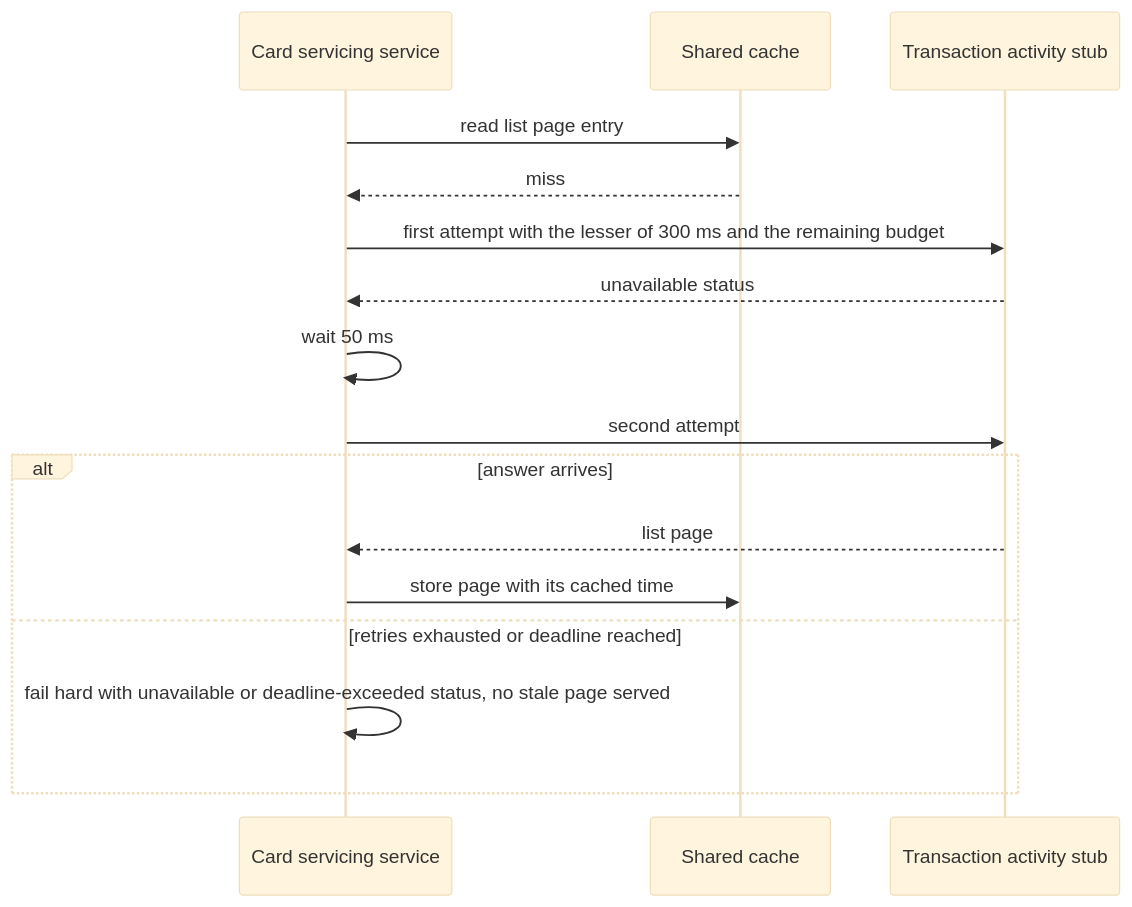
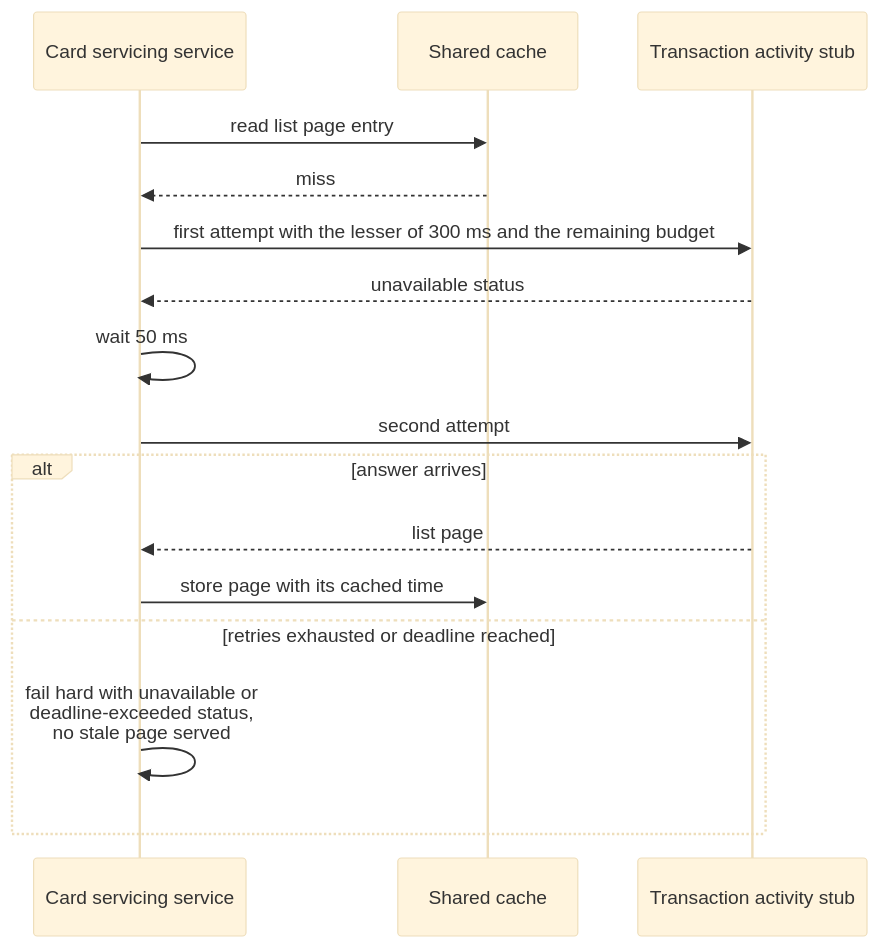
The diagram in docs/backlog/epics/CS-10-transaction-activity-integration/stories/CS-10-006-transaction-activity-client-with-transaction-caching.md (blitzy-public-samples/aws-carddemo-blitzy), drawn with Mermaid (base theme) before and after one commit. The commit also changed other lines of this file and 11 other files, not shown here.

````diff
--- a/docs/backlog/epics/CS-10-transaction-activity-integration/stories/CS-10-006-transaction-activity-client-with-transaction-caching.md
+++ b/docs/backlog/epics/CS-10-transaction-activity-integration/stories/CS-10-006-transaction-activity-client-with-transaction-caching.md
@@ -123,18 +124,18 @@
 ```mermaid
 sequenceDiagram
     participant Service as Card servicing service
     participant Cache as Shared cache
     participant Stub as Transaction activity stub
     Service->>Cache: read list page entry
     Cache-->>Service: miss
     Service->>Stub: first attempt with the lesser of 300 ms and the remaining budget
     Stub-->>Service: unavailable status
     Service->>Service: wait 50 ms
     Service->>Stub: second attempt
     alt answer arrives
         Stub-->>Service: list page
         Service->>Cache: store page with its cached time
     else retries exhausted or deadline reached
-        Service->>Service: fail hard with unavailable or deadline-exceeded status, no stale page served
+        Service->>Service: fail hard with unavailable or<br/>deadline-exceeded status,<br/>no stale page served
     end
 ```
````
